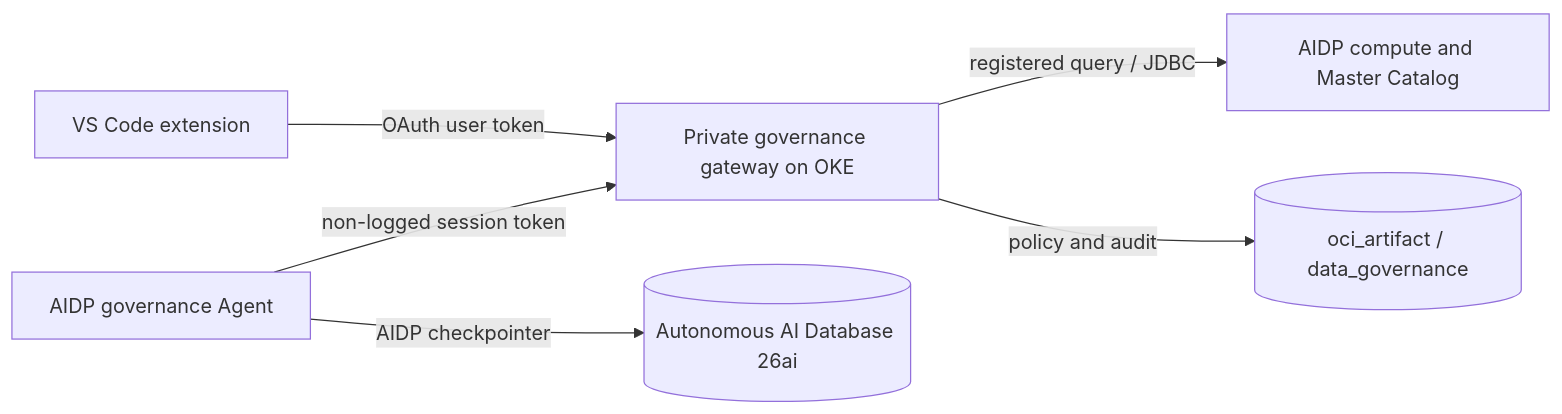
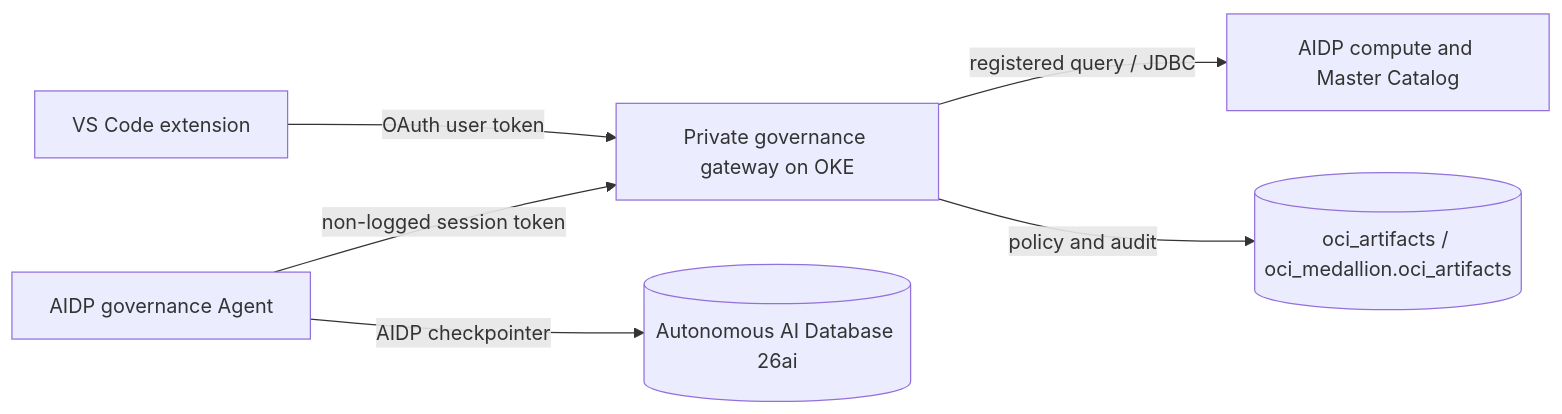
The diagram in README.md (jgangini/oci-ai-data-platform-workbench-starter-kits), drawn with Mermaid before and after one commit. The commit also changed other lines of this file and 46 other files, not shown here.

````diff
--- a/README.md
+++ b/README.md
@@ -132,8 +132,8 @@
 ```mermaid
 flowchart LR
   VS[VS Code extension] -->|OAuth user token| GW[Private governance gateway on OKE]
   AG[AIDP governance Agent] -->|non-logged session token| GW
   GW -->|registered query / JDBC| AIDP[AIDP compute and Master Catalog]
-  GW -->|policy and audit| CTRL[(oci_artifact / data_governance)]
+  GW -->|policy and audit| CTRL[(oci_artifacts / oci_medallion.oci_artifacts)]
   AG -->|AIDP checkpointer| ADB[(Autonomous AI Database 26ai)]
 ```
````
